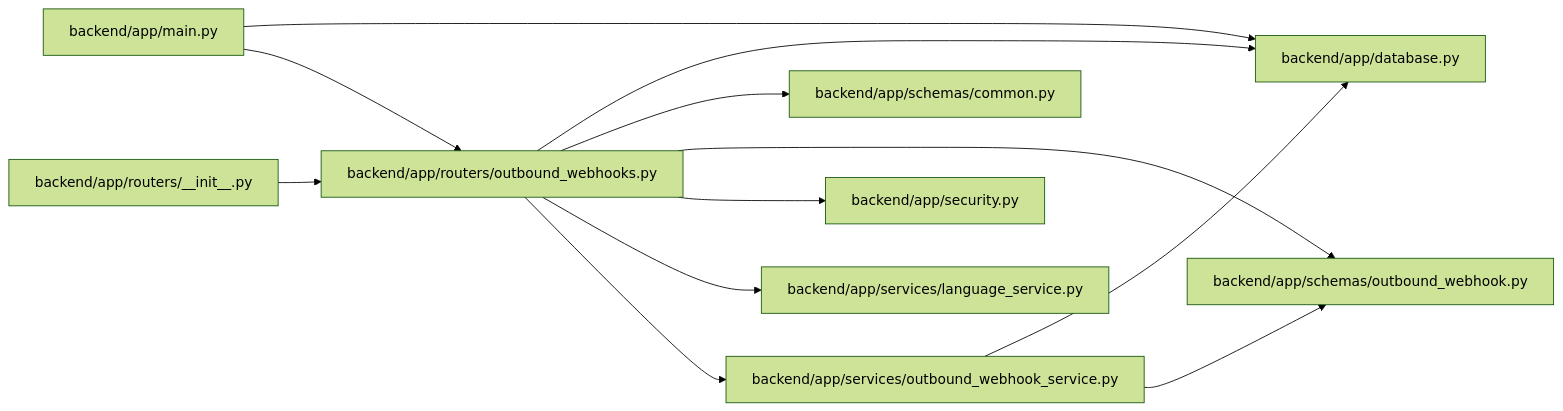
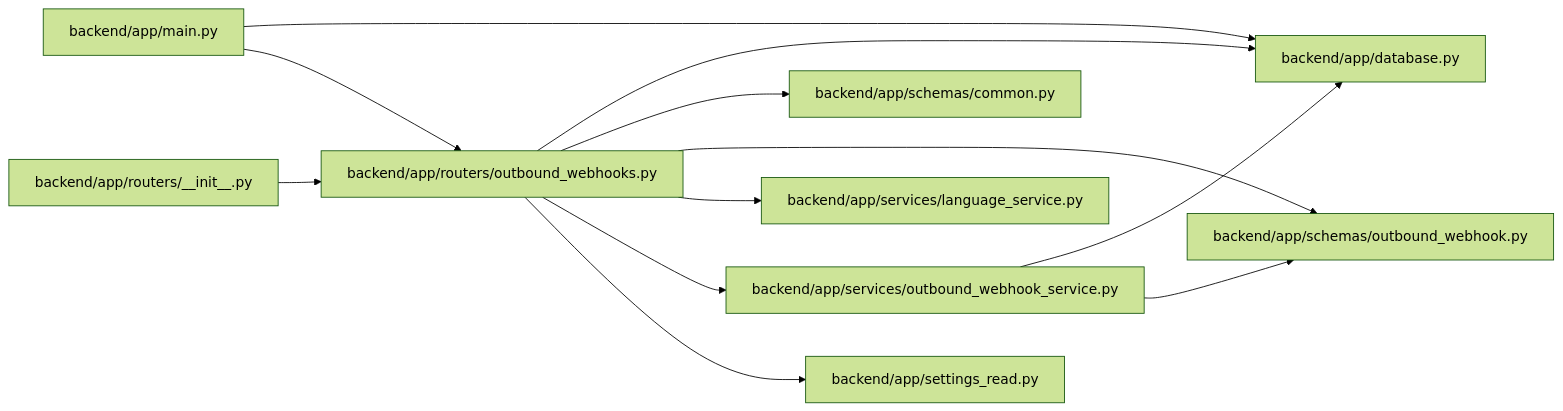
Before and after one commit to Denissvgn/WorkChord: the diagram in docs/llm_wiki/modules/outbound_webhooks.md, drawn with Mermaid (forest theme). The commit also changed other lines of this file and 524 other files, not shown here.

````diff
--- a/docs/llm_wiki/modules/outbound_webhooks.md
+++ b/docs/llm_wiki/modules/outbound_webhooks.md
@@ -26,32 +26,32 @@
 ```mermaid
 flowchart LR
     n0["backend/app/database.py"]
     n1["backend/app/main.py"]
     n2["backend/app/routers/__init__.py"]
     n3["backend/app/routers/outbound_webhooks.py"]
     n4["backend/app/schemas/common.py"]
     n5["backend/app/schemas/outbound_webhook.py"]
-    n6["backend/app/security.py"]
-    n7["backend/app/services/language_service.py"]
-    n8["backend/app/services/outbound_webhook_service.py"]
+    n6["backend/app/services/language_service.py"]
+    n7["backend/app/services/outbound_webhook_service.py"]
+    n8["backend/app/settings_read.py"]
     n1 --> n0
     n1 --> n3
     n2 --> n3
     n3 --> n0
     n3 --> n4
     n3 --> n5
     n3 --> n6
     n3 --> n7
     n3 --> n8
-    n8 --> n0
-    n8 --> n5
+    n7 --> n0
+    n7 --> n5
     click n0 "../modules/app_database.md"
     click n1 "../modules/app_main.md"
     click n2 "../modules/routers___init__.md"
     click n3 "../modules/outbound_webhooks.md"
     click n4 "../modules/schemas_common.md"
     click n5 "../modules/schemas_outbound_webhook.md"
-    click n6 "../modules/security.md"
-    click n7 "../modules/language_service.md"
-    click n8 "../modules/outbound_webhook_service.md"
+    click n6 "../modules/language_service.md"
+    click n7 "../modules/outbound_webhook_service.md"
+    click n8 "../modules/settings_read.md"
 ```
````
